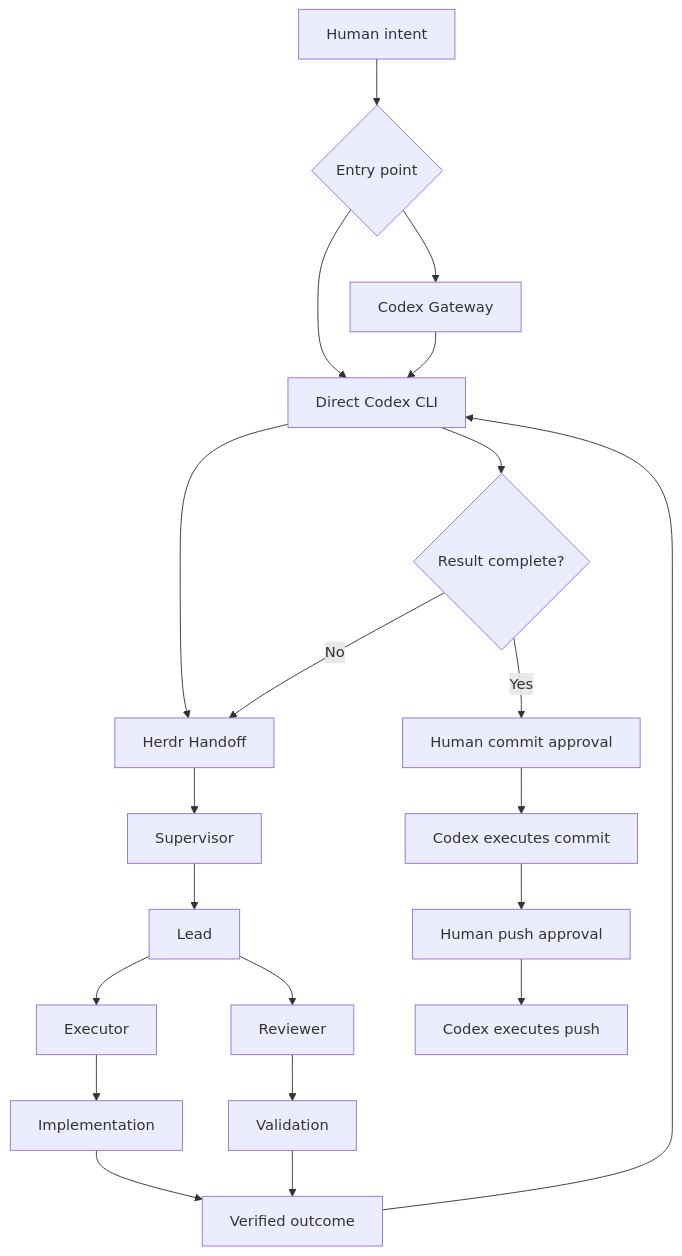
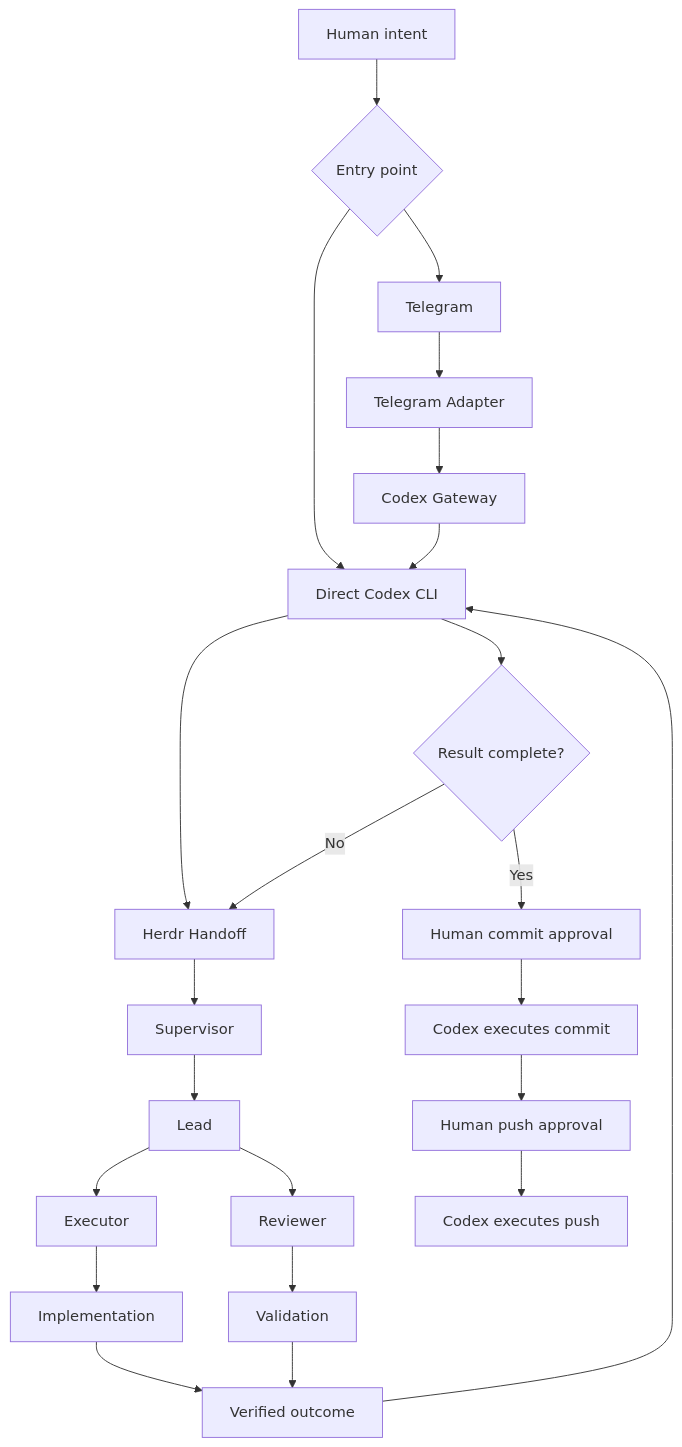
The diagram in README.md (TheMickeyDodger/dodging-infinity), drawn with Mermaid before and after one commit. The commit also changed other lines of this file, not shown here.

Commit message:
docs: update Telegram remote operator README

````diff
--- a/README.md
+++ b/README.md
@@ -58,23 +58,25 @@
 ```mermaid
 flowchart TD
     A[Human intent] --> B{Entry point}
     B --> C[Direct Codex CLI]
-    B --> D[Codex Gateway]
-    D --> C
-    C --> E[Herdr Handoff]
-    E --> F[Supervisor]
-    F --> G[Lead]
-    G --> H[Executor]
-    G --> I[Reviewer]
-    H --> J[Implementation]
-    I --> K[Validation]
-    J --> L[Verified outcome]
-    K --> L
-    L --> C
-    C --> M{Result complete?}
-    M -- No --> E
-    M -- Yes --> N[Human commit approval]
-    N --> O[Codex executes commit]
-    O --> P[Human push approval]
-    P --> Q[Codex executes push]
+    B --> D[Telegram]
+    D --> E[Telegram Adapter]
+    E --> F[Codex Gateway]
+    F --> C
+    C --> G[Herdr Handoff]
+    G --> H[Supervisor]
+    H --> I[Lead]
+    I --> J[Executor]
+    I --> K[Reviewer]
+    J --> L[Implementation]
+    K --> M[Validation]
+    L --> N[Verified outcome]
+    M --> N
+    N --> C
+    C --> O{Result complete?}
+    O -- No --> G
+    O -- Yes --> P[Human commit approval]
+    P --> Q[Codex executes commit]
+    Q --> R[Human push approval]
+    R --> S[Codex executes push]
 ```
````
